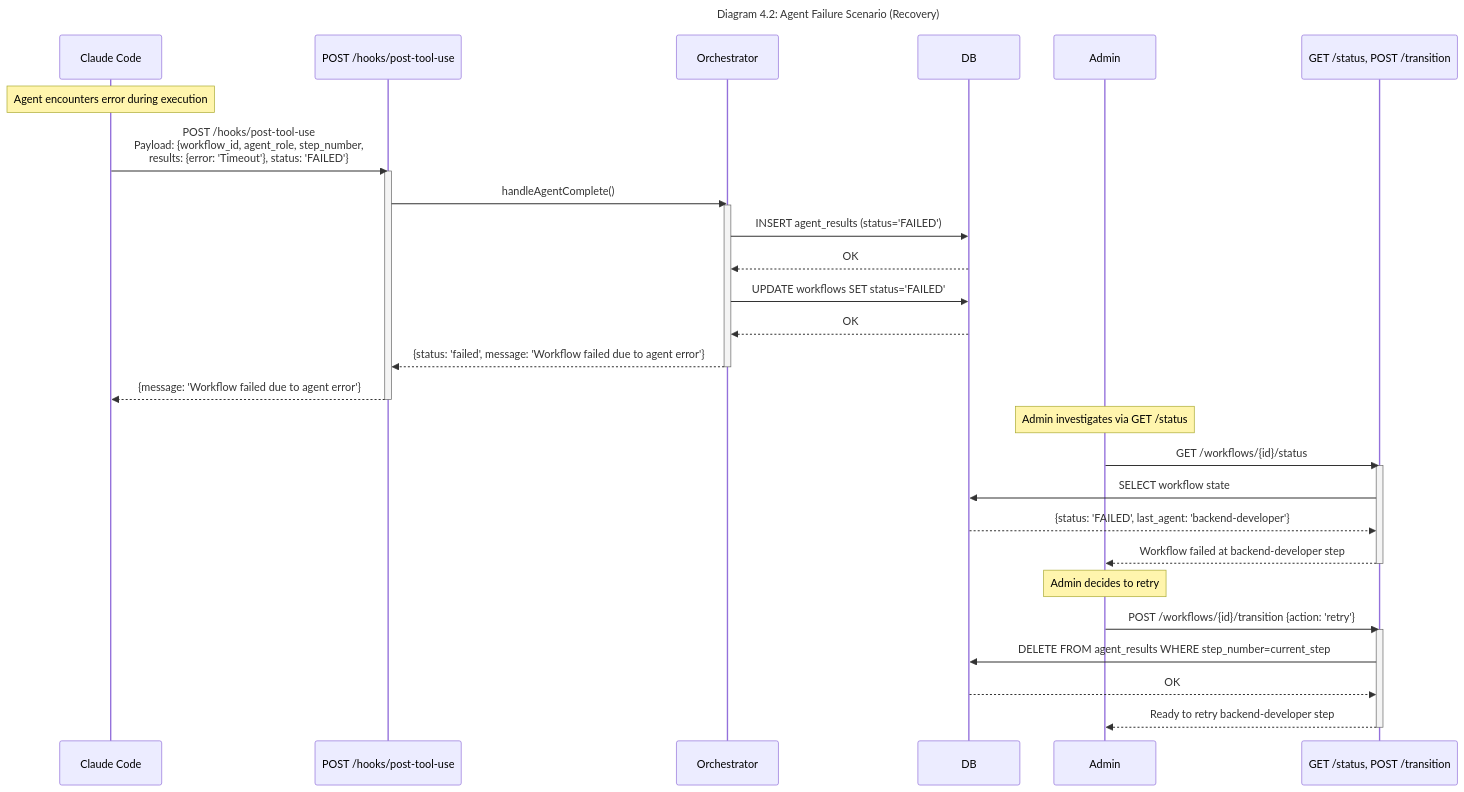
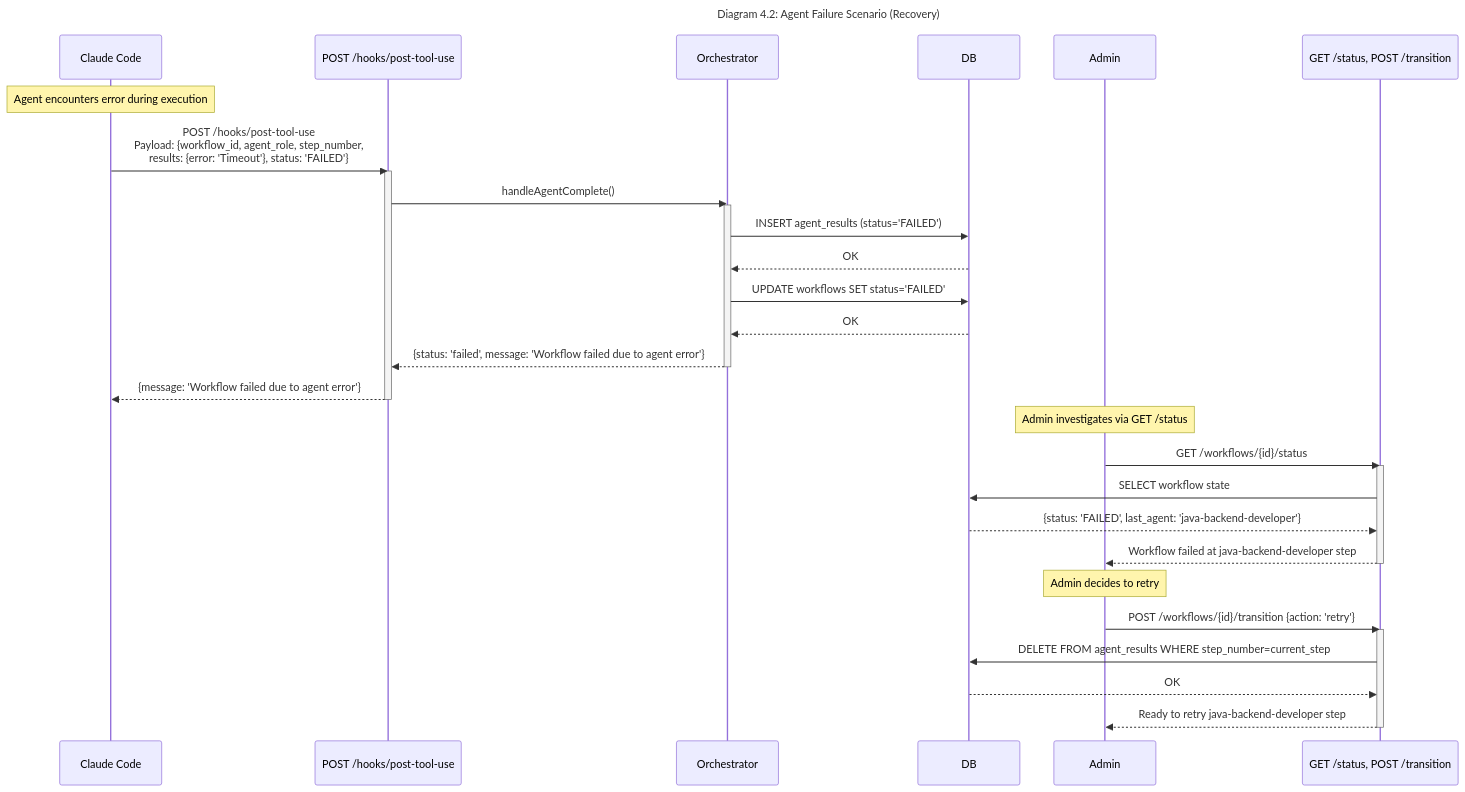
Diagram 11 of 11 in docs/02-technical-architecture.md (drevispas/ccorch), drawn with Mermaid before and after one commit. The commit also changed other lines of this file and 21 other files, not shown here.

````diff
--- a/docs/02-technical-architecture.md
+++ b/docs/02-technical-architecture.md
@@ -850,43 +850,43 @@
 ```mermaid
 ---
 title: "Diagram 4.2: Agent Failure Scenario (Recovery)"
 ---
 sequenceDiagram
     participant CC as Claude Code
     participant Hook as POST /hooks/post-tool-use
     participant Orch as Orchestrator
     participant DB
     participant Admin
     participant API as GET /status, POST /transition
 
     Note over CC: Agent encounters error during execution
 
     CC->>Hook: POST /hooks/post-tool-use<br/>Payload: {workflow_id, agent_role, step_number,<br/>results: {error: 'Timeout'}, status: 'FAILED'}
     activate Hook
     Hook->>Orch: handleAgentComplete()
     activate Orch
     Orch->>DB: INSERT agent_results (status='FAILED')
     DB-->>Orch: OK
     Orch->>DB: UPDATE workflows SET status='FAILED'
     DB-->>Orch: OK
     Orch-->>Hook: {status: 'failed', message: 'Workflow failed due to agent error'}
     deactivate Orch
     Hook-->>CC: {message: 'Workflow failed due to agent error'}
     deactivate Hook
 
     Note over Admin: Admin investigates via GET /status
     Admin->>API: GET /workflows/{id}/status
     activate API
     API->>DB: SELECT workflow state
-    DB-->>API: {status: 'FAILED', last_agent: 'backend-developer'}
-    API-->>Admin: Workflow failed at backend-developer step
+    DB-->>API: {status: 'FAILED', last_agent: 'java-backend-developer'}
+    API-->>Admin: Workflow failed at java-backend-developer step
     deactivate API
 
     Note over Admin: Admin decides to retry
     Admin->>API: POST /workflows/{id}/transition {action: 'retry'}
     activate API
     API->>DB: DELETE FROM agent_results WHERE step_number=current_step
     DB-->>API: OK
-    API-->>Admin: Ready to retry backend-developer step
+    API-->>Admin: Ready to retry java-backend-developer step
     deactivate API
 ```
````
